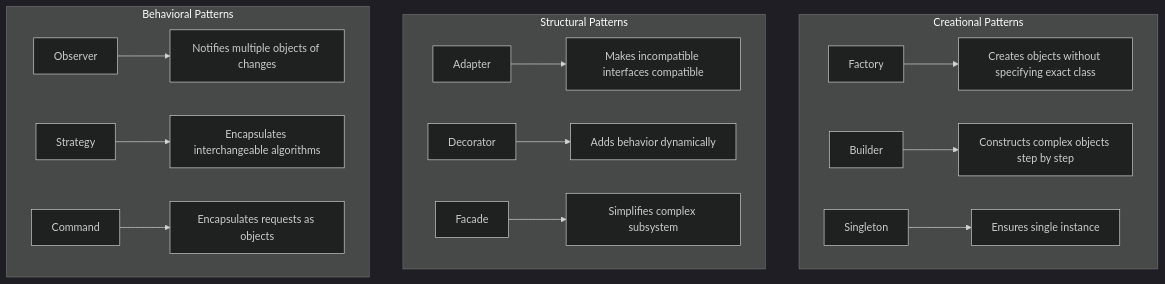
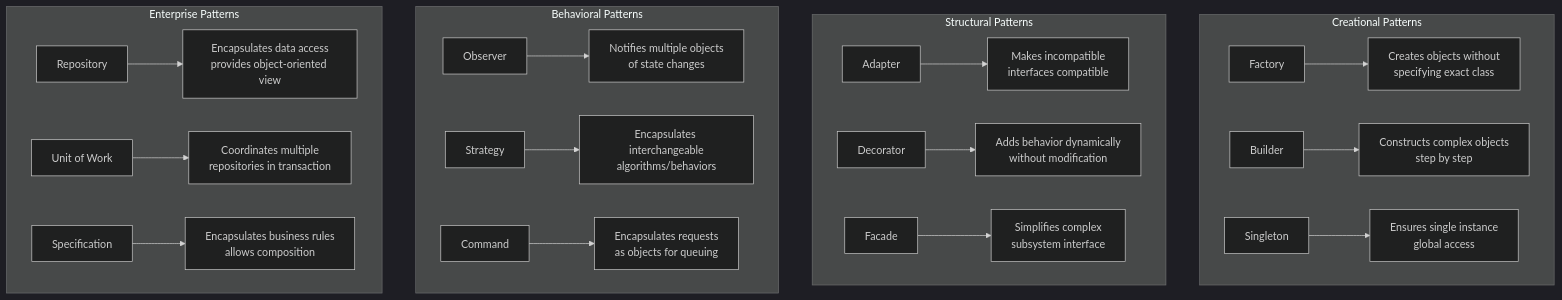
The third of 3 diagrams in docs/03-system-architecture.mdx (alishahidi/roadmap), drawn with Mermaid (dark theme) before and after one commit. The commit also changed other lines of this file and 2 other files, not shown here.

First line of the commit message:
🚀 Add comprehensive code examples and design patterns

````diff
--- a/docs/03-system-architecture.mdx
+++ b/docs/03-system-architecture.mdx
@@ -135,20 +1013,26 @@
 ```mermaid
 graph TD
     subgraph "Creational Patterns"
-        A[Factory] --> A1[Creates objects without specifying exact class];
-        B[Builder] --> B1[Constructs complex objects step by step];
-        C[Singleton] --> C1[Ensures single instance];
+        A[Factory] --> A1["Creates objects without<br/>specifying exact class"];
+        B[Builder] --> B1["Constructs complex objects<br/>step by step"];
+        C[Singleton] --> C1["Ensures single instance<br/>global access"];
     end
     
     subgraph "Structural Patterns"
-        D[Adapter] --> D1[Makes incompatible interfaces compatible];
-        E[Decorator] --> E1[Adds behavior dynamically];
-        F[Facade] --> F1[Simplifies complex subsystem];
+        D[Adapter] --> D1["Makes incompatible<br/>interfaces compatible"];
+        E[Decorator] --> E1["Adds behavior dynamically<br/>without modification"];
+        F[Facade] --> F1["Simplifies complex<br/>subsystem interface"];
     end
     
     subgraph "Behavioral Patterns"
-        G[Observer] --> G1[Notifies multiple objects of changes];
-        H[Strategy] --> H1[Encapsulates interchangeable algorithms];
-        I[Command] --> I1[Encapsulates requests as objects];
+        G[Observer] --> G1["Notifies multiple objects<br/>of state changes"];
+        H[Strategy] --> H1["Encapsulates interchangeable<br/>algorithms/behaviors"];
+        I[Command] --> I1["Encapsulates requests<br/>as objects for queuing"];
+    end
+    
+    subgraph "Enterprise Patterns"
+        J[Repository] --> J1["Encapsulates data access<br/>provides object-oriented view"];
+        K["Unit of Work"] --> K1["Coordinates multiple<br/>repositories in transaction"];
+        L[Specification] --> L1["Encapsulates business rules<br/>allows composition"];
     end
 ```
````
